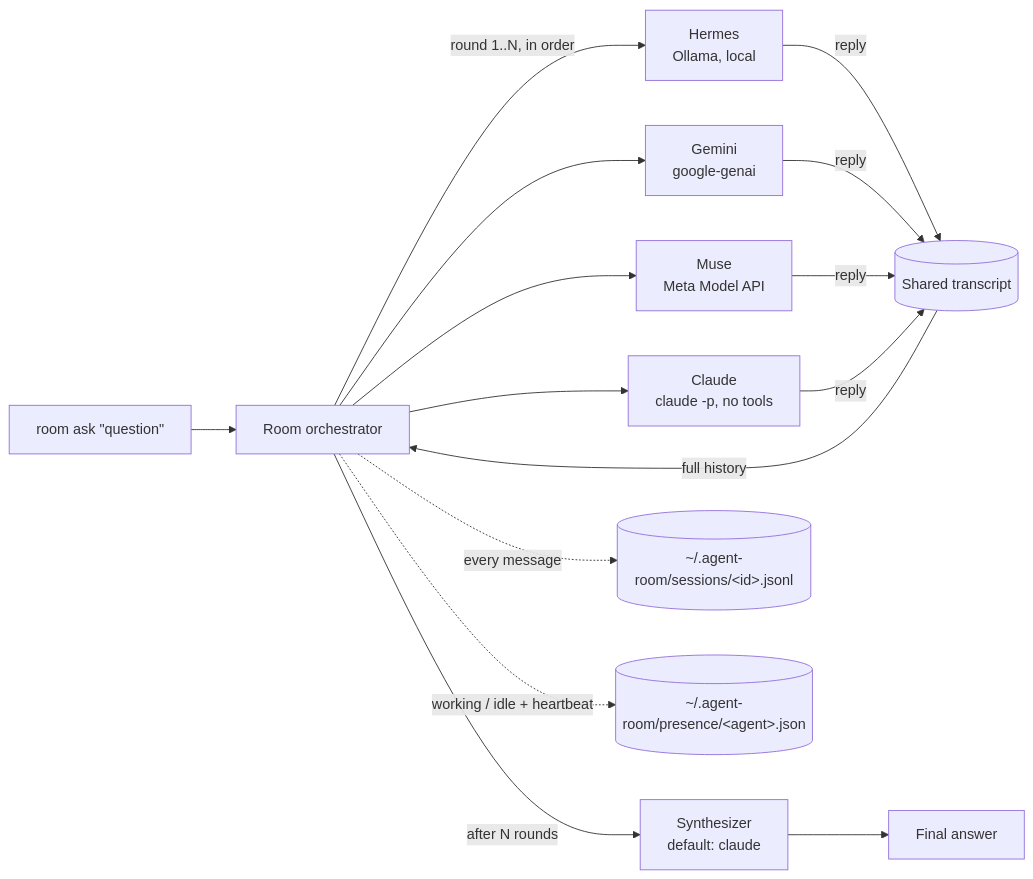
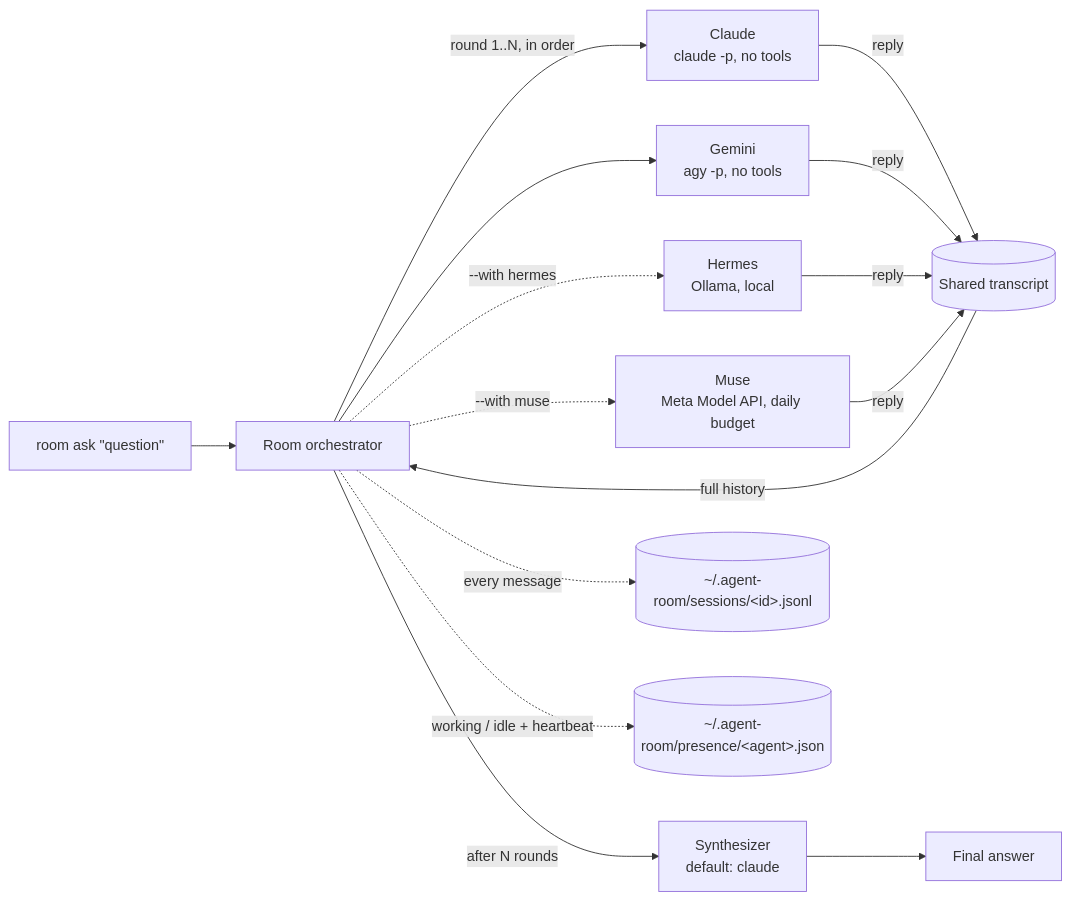
The diagram in README.md (Bjay4910/multi-agent-memory-hub), drawn with Mermaid before and after one commit. The commit also changed other lines of this file and 1 other file, not shown here.

Commit message:
Document default agents, --with, and the agy-based gemini agent

````diff
--- a/README.md
+++ b/README.md
@@ -13,14 +14,14 @@
 ```mermaid
 flowchart LR
     U["room ask &quot;question&quot;"] --> O[Room orchestrator]
-    O -->|round 1..N, in order| H[Hermes<br/>Ollama, local]
-    O --> G[Gemini<br/>google-genai]
-    O --> M[Muse<br/>Meta Model API]
-    O --> C[Claude<br/>claude -p, no tools]
-    H & G & M & C -->|reply| T[(Shared transcript)]
+    O -->|round 1..N, in order| C[Claude<br/>claude -p, no tools]
+    O --> G[Gemini<br/>agy -p, no tools]
+    O -.->|--with hermes| H[Hermes<br/>Ollama, local]
+    O -.->|--with muse| M[Muse<br/>Meta Model API, daily budget]
+    C & G & H & M -->|reply| T[(Shared transcript)]
     T -->|full history| O
     O -->|after N rounds| S[Synthesizer<br/>default: claude]
     S --> F[Final answer]
     O -. every message .-> L[(~/.agent-room/sessions/&lt;id&gt;.jsonl)]
     O -. working / idle + heartbeat .-> P[(~/.agent-room/presence/&lt;agent&gt;.json)]
 ```
````
